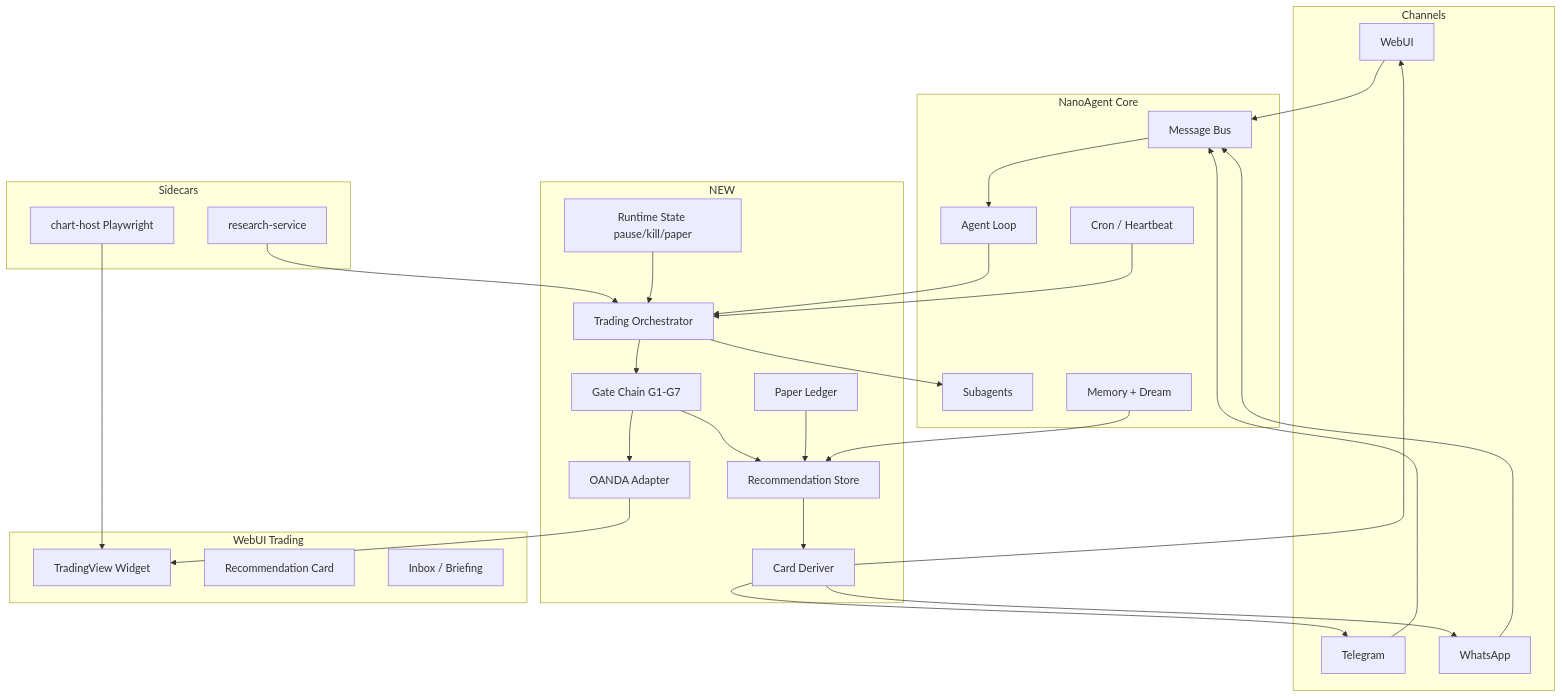
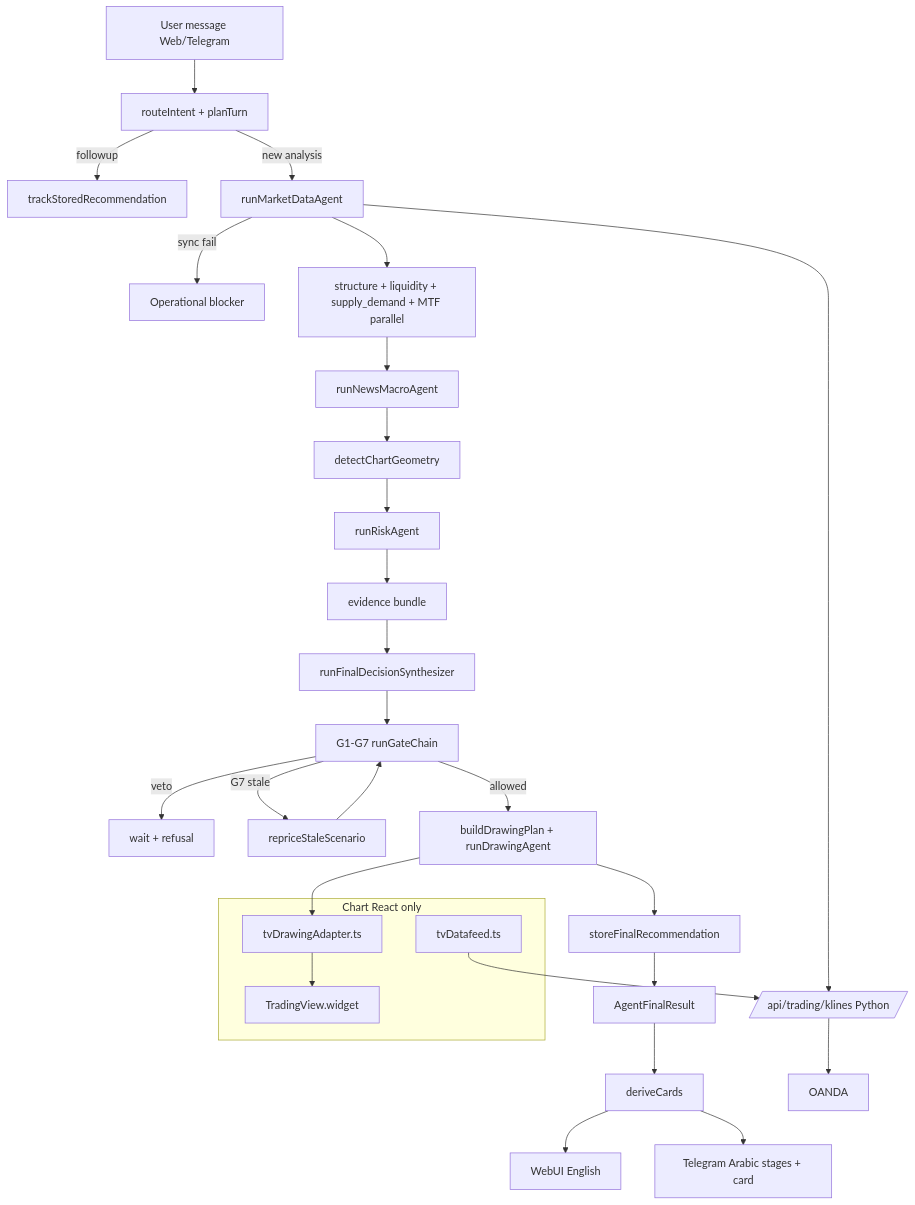
One commit to loorksy/NanoAgent changed the diagram in docs/designs/gold-trading-agent.md. Above: the diagram before and after it, drawn with Mermaid. The commit also changed other lines of this file, not shown here.

First line of the commit message:
Update gold trading plan from AiChart code trace

````diff
--- a/docs/designs/gold-trading-agent.md
+++ b/docs/designs/gold-trading-agent.md
@@ -104,58 +165,35 @@
 ```mermaid
-flowchart TB
-  subgraph Channels
-    WEB[WebUI]
-    TG[Telegram]
-    WA[WhatsApp]
+flowchart TD
+  MSG[User message Web/Telegram] --> INTENT[routeIntent + planTurn]
+  INTENT -->|followup| TRACK[trackStoredRecommendation]
+  INTENT -->|new analysis| MARKET[runMarketDataAgent]
+  MARKET -->|sync fail| STOP[Operational blocker]
+  MARKET --> FLEET[structure + liquidity + supply_demand + MTF parallel]
+  FLEET --> NEWS[runNewsMacroAgent]
+  NEWS --> GEO[detectChartGeometry]
+  GEO --> RISK[runRiskAgent]
+  RISK --> EVID[evidence bundle]
+  EVID --> SYNTH[runFinalDecisionSynthesizer]
+  SYNTH --> GATES[G1-G7 runGateChain]
+  GATES -->|veto| WAIT[wait + refusal]
+  GATES -->|G7 stale| REPRICE[repriceStaleScenario]
+  REPRICE --> GATES
+  GATES -->|allowed| DRAW[buildDrawingPlan + runDrawingAgent]
+  DRAW --> STORE[storeFinalRecommendation]
+  STORE --> RESULT[AgentFinalResult]
+  RESULT --> CARDS[deriveCards]
+  CARDS --> WEB[WebUI English]
+  CARDS --> TG[Telegram Arabic stages + card]
+
+  subgraph Chart React only
+    TV[TradingView.widget]
+    DF[tvDatafeed.ts]
+    DA[tvDrawingAdapter.ts]
   end
 
-  subgraph NanoAgent Core
-    BUS[Message Bus]
-    LOOP[Agent Loop]
-    SPAWN[Subagents]
-    CRON[Cron / Heartbeat]
-    MEM[Memory + Dream]
-  end
-
-  subgraph Trading Domain [NEW]
-    ORCH[Trading Orchestrator]
-    GATES[Gate Chain G1-G7]
-    OANDA[OANDA Adapter]
-    REC[Recommendation Store]
-    PAPER[Paper Ledger]
-    STATE[Runtime State pause/kill/paper]
-    CARDS[Card Deriver]
-  end
-
-  subgraph Sidecars
-    RS[research-service]
-    CH[chart-host Playwright]
-  end
-
-  subgraph WebUI Trading
-    TV[TradingView Widget]
-    RC[Recommendation Card]
-    INBOX[Inbox / Briefing]
-  end
-
-  WEB --> BUS
-  TG --> BUS
-  WA --> BUS
-  BUS --> LOOP
-  LOOP --> ORCH
-  ORCH --> GATES
-  GATES --> OANDA
-  GATES --> REC
-  ORCH --> SPAWN
-  CRON --> ORCH
-  REC --> CARDS
-  CARDS --> WEB
-  CARDS --> TG
-  CARDS --> WA
-  OANDA --> TV
-  CH --> TV
-  RS --> ORCH
-  PAPER --> REC
-  STATE --> ORCH
-  MEM --> REC
+  MARKET --> API[/api/trading/klines Python/]
+  API --> OANDA[OANDA]
+  DF --> API
+  DRAW --> DA
+  DA --> TV
 ```
````
